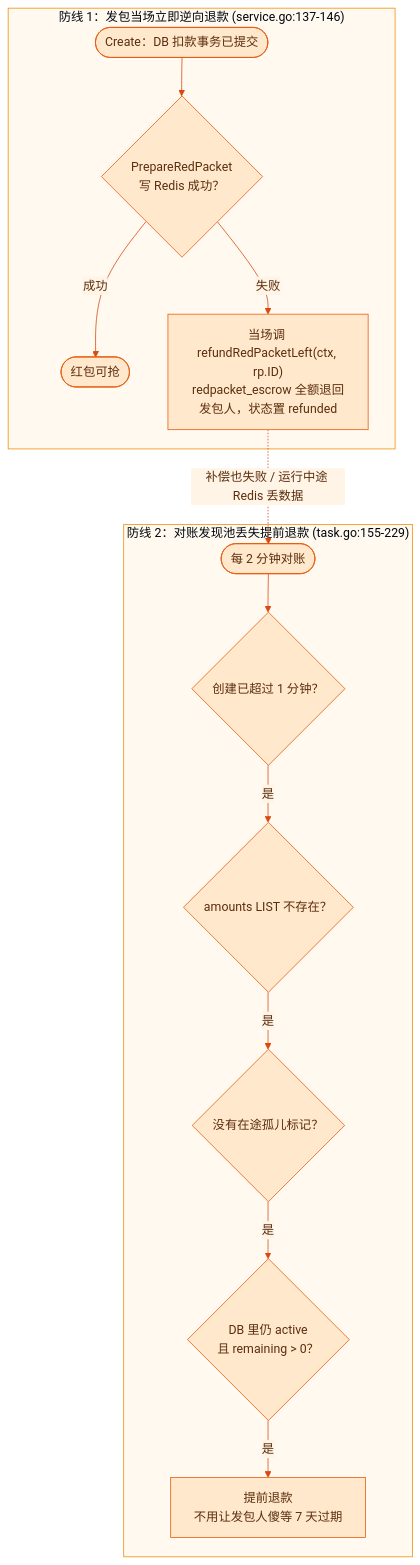
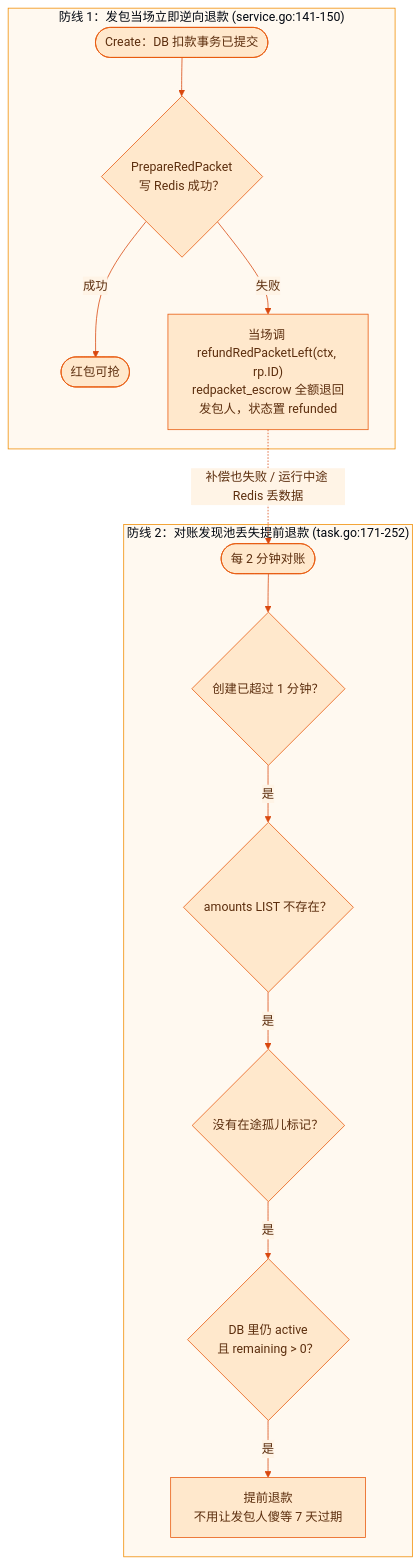
Before and after one commit to RedInn7/gomall: diagram 27 of 30 in docs/lecture/18-redpacket.md, drawn with Mermaid. The commit also changed other lines of this file and 2 other files, not shown here.

````diff
--- a/docs/lecture/18-redpacket.md
+++ b/docs/lecture/18-redpacket.md
@@ -956,17 +989,17 @@
 ```mermaid
 %%{init: {'theme':'base','themeVariables':{'fontFamily':'PingFang SC, Microsoft YaHei, sans-serif','background':'#FFFBF5','primaryColor':'#FFE8CC','primaryBorderColor':'#E8590C','primaryTextColor':'#5C2E0E','secondaryColor':'#FFF4E6','tertiaryColor':'#FFF9F0','lineColor':'#D9480F','textColor':'#5C2E0E','clusterBkg':'#FFF9F0','clusterBorder':'#F08C00','edgeLabelBackground':'#FFF4E6','actorBkg':'#FFD8A8','actorBorder':'#E8590C','actorTextColor':'#5C2E0E','actorLineColor':'#F08C00','signalColor':'#C2410C','signalTextColor':'#5C2E0E','noteBkgColor':'#FFF3BF','noteBorderColor':'#F08C00','noteTextColor':'#5C2E0E','activationBkgColor':'#FFC078','activationBorderColor':'#E8590C','labelBoxBkgColor':'#FFE8CC','labelBoxBorderColor':'#E8590C','labelTextColor':'#5C2E0E','loopTextColor':'#5C2E0E'}}}%%
 flowchart TD
-    subgraph P1 ["防线 1：发包当场立即逆向退款 (service.go:137-146)"]
+    subgraph P1 ["防线 1：发包当场立即逆向退款 (service.go:141-150)"]
         A1(["Create：DB 扣款事务已提交"]) --> A2{"PrepareRedPacket<br/>写 Redis 成功？"}
         A2 -- "成功" --> A3(["红包可抢"])
         A2 -- "失败" --> A4["当场调 refundRedPacketLeft(ctx, rp.ID)<br/>redpacket_escrow 全额退回发包人，状态置 refunded"]
     end
-    subgraph P2 ["防线 2：对账发现池丢失提前退款 (task.go:155-229)"]
+    subgraph P2 ["防线 2：对账发现池丢失提前退款 (task.go:171-252)"]
         B1(["每 2 分钟对账"]) --> B2{"创建已超过 1 分钟？"}
         B2 -- "是" --> B3{"amounts LIST 不存在？"}
         B3 -- "是" --> B4{"没有在途孤儿标记？"}
         B4 -- "是" --> B5{"DB 里仍 active<br/>且 remaining > 0？"}
         B5 -- "是" --> B6["提前退款<br/>不用让发包人傻等 7 天过期"]
     end
     A4 -. "补偿也失败 / 运行中途 Redis 丢数据" .-> B1
 ```
````
